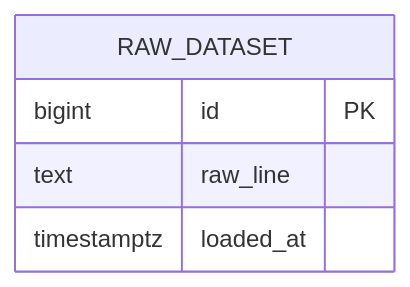
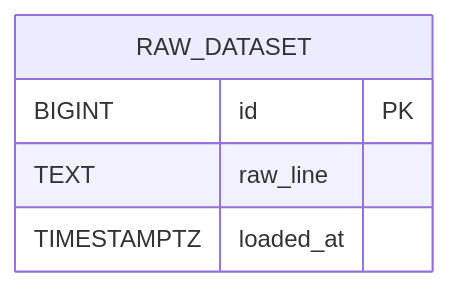
One commit to UPT-FAING-EPIS/Examen_Andia_Navarro changed the first of 2 diagrams in README.md. Above: the diagram before and after it, drawn with Mermaid. The commit also changed other lines of this file and 2 other files, not shown here.

Commit message:
Ordenar documentacion y diagramas final

````diff
--- a/README.md
+++ b/README.md
@@ -67,8 +67,8 @@
 ```mermaid
 erDiagram
     RAW_DATASET {
-        bigint id PK
-        text raw_line
-        timestamptz loaded_at
+        BIGINT id PK
+        TEXT raw_line
+        TIMESTAMPTZ loaded_at
     }
 ```
````
